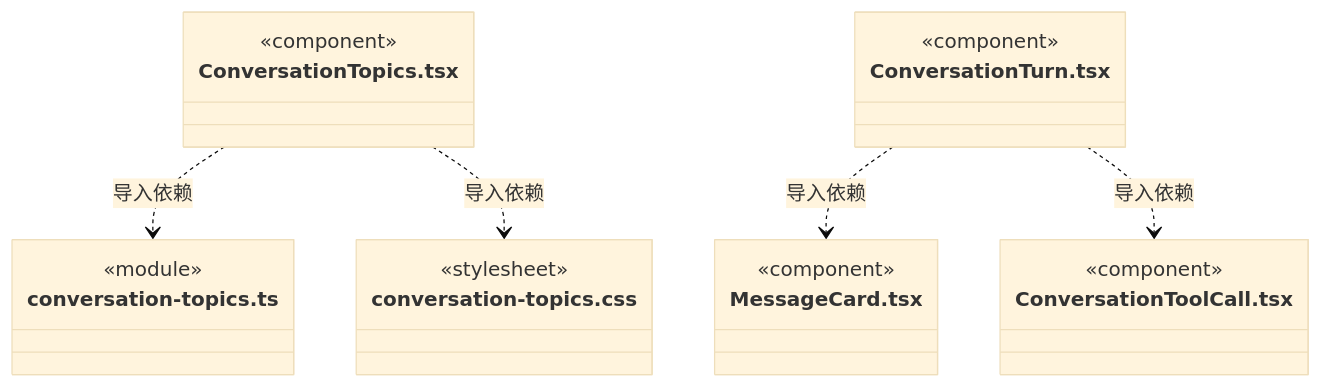
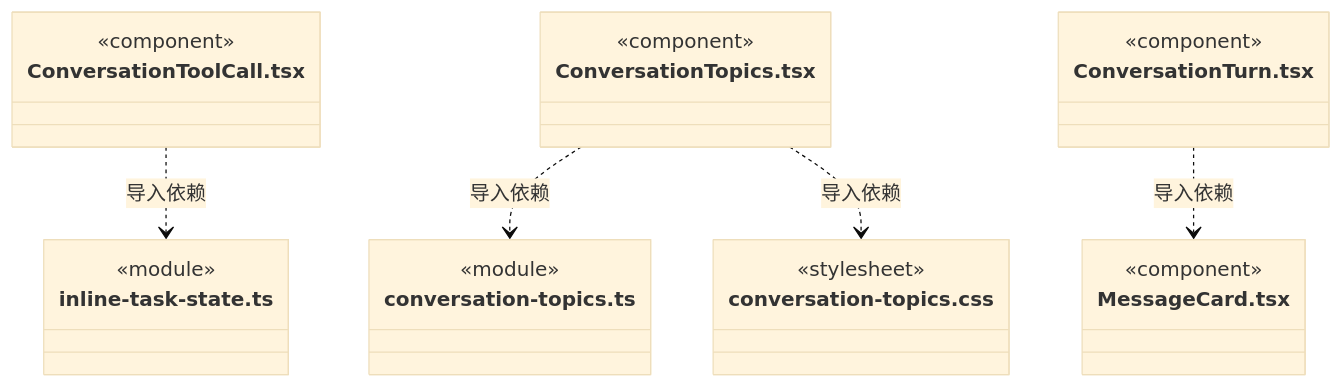
Before and after one commit to nan023062/cbim: diagram 49 of 54 in src/view/conversation/ARCHITECTURE.md, drawn with Mermaid (base theme). The commit also changed other lines of this file and 19 other files, not shown here.

````diff
--- a/src/view/conversation/ARCHITECTURE.md
+++ b/src/view/conversation/ARCHITECTURE.md
@@ -684,25 +771,28 @@
 ```mermaid
 classDiagram
+class N_src_view_conversation_ConversationToolCall_tsx["ConversationToolCall.tsx"] {
+  <<component>>
+}
+class N_src_view_conversation_inline_task_state_ts["inline-task-state.ts"] {
+  <<module>>
+}
 class N_src_view_conversation_ConversationTopics_tsx["ConversationTopics.tsx"] {
   <<component>>
 }
 class N_src_view_conversation_conversation_topics_ts["conversation-topics.ts"] {
   <<module>>
 }
 class N_src_view_conversation_conversation_topics_css["conversation-topics.css"] {
   <<stylesheet>>
 }
 class N_src_view_conversation_ConversationTurn_tsx["ConversationTurn.tsx"] {
   <<component>>
 }
 class N_src_view_conversation_MessageCard_tsx["MessageCard.tsx"] {
   <<component>>
 }
-class N_src_view_conversation_ConversationToolCall_tsx["ConversationToolCall.tsx"] {
-  <<component>>
-}
+N_src_view_conversation_ConversationToolCall_tsx ..> N_src_view_conversation_inline_task_state_ts : 导入依赖
 N_src_view_conversation_ConversationTopics_tsx ..> N_src_view_conversation_conversation_topics_ts : 导入依赖
 N_src_view_conversation_ConversationTopics_tsx ..> N_src_view_conversation_conversation_topics_css : 导入依赖
 N_src_view_conversation_ConversationTurn_tsx ..> N_src_view_conversation_MessageCard_tsx : 导入依赖
-N_src_view_conversation_ConversationTurn_tsx ..> N_src_view_conversation_ConversationToolCall_tsx : 导入依赖
 ```
````
